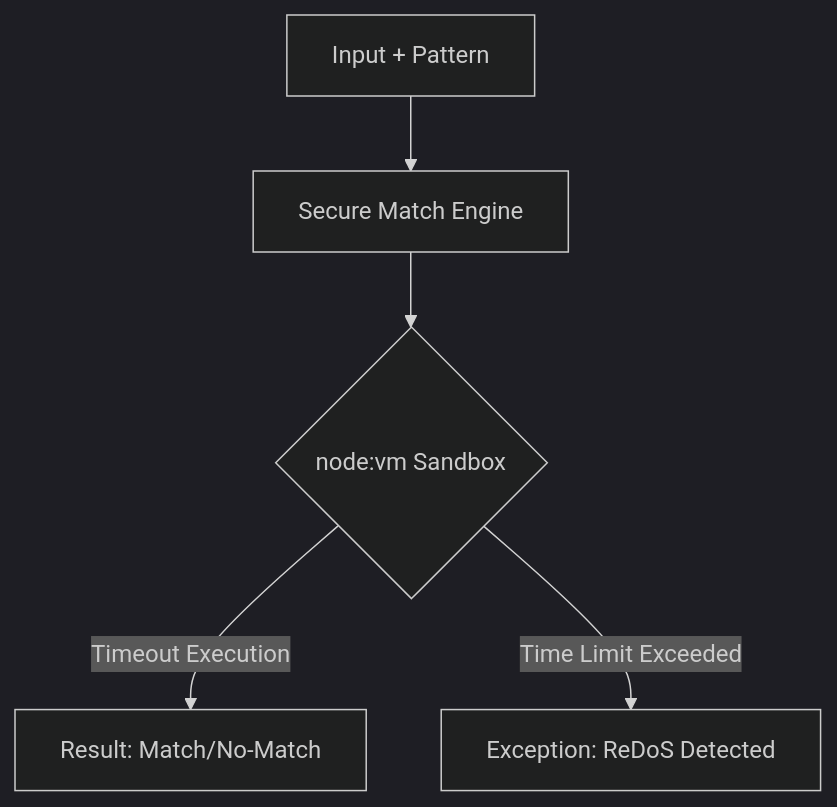
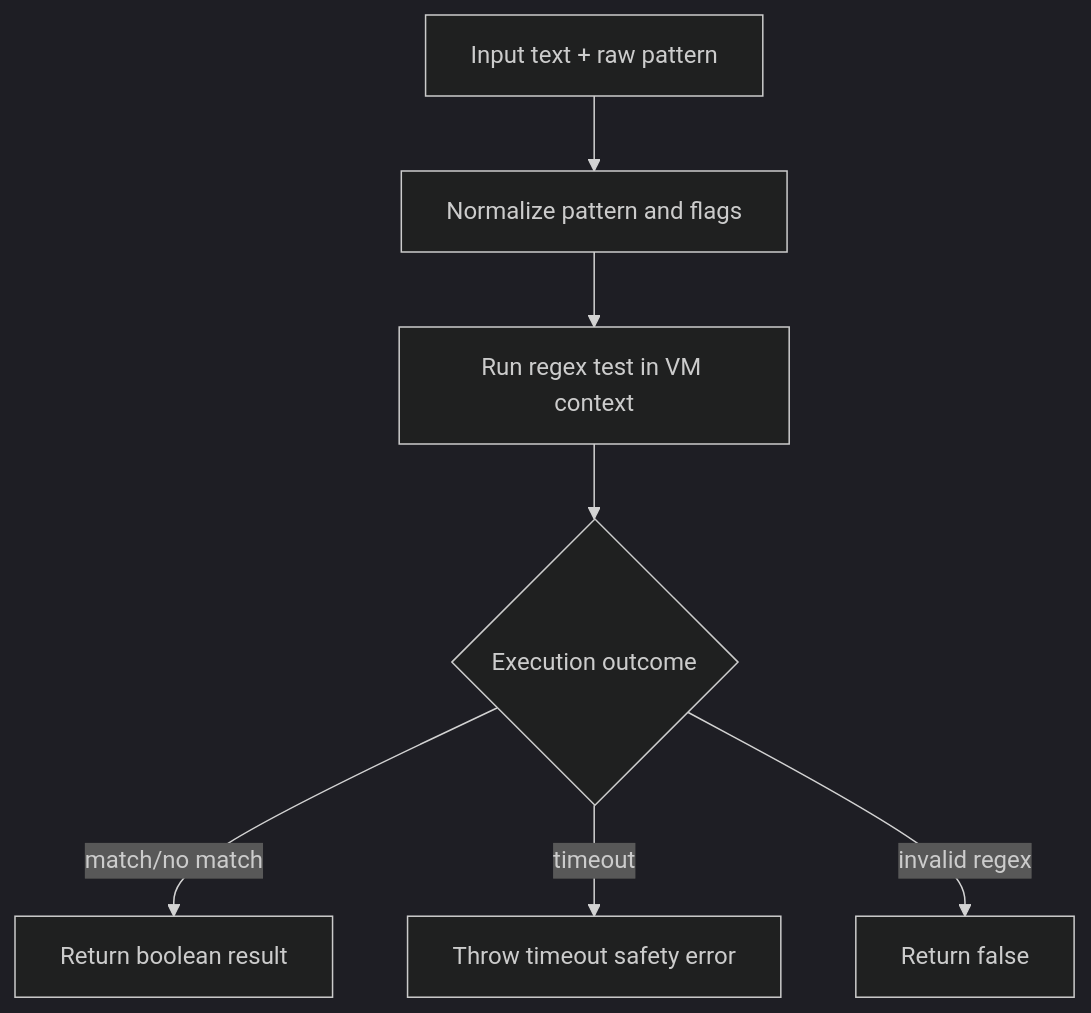
Before and after one commit to F4bioo/berry-shield: the diagram in docs/wiki/engine/match-engine.md, drawn with Mermaid (dark theme). The commit also changed other lines of this file and 73 other files, not shown here.

````diff
--- a/docs/wiki/engine/match-engine.md
+++ b/docs/wiki/engine/match-engine.md
@@ -7,7 +24,9 @@
 ```mermaid
-graph TD
-    A[Input + Pattern] --> B[Secure Match Engine]
-    B --> C{node:vm Sandbox}
-    C -- Timeout Execution --> D[Result: Match/No-Match]
-    C -- Time Limit Exceeded --> E[Exception: ReDoS Detected]
+flowchart TD
+    A[Input text + raw pattern] --> N[Normalize pattern and flags]
+    N --> V[Run regex test in VM context]
+    V --> T{Execution outcome}
+    T -->|match/no match| OK[Return boolean result]
+    T -->|timeout| ERR[Throw timeout safety error]
+    T -->|invalid regex| SAFE[Return false]
 ```
````
